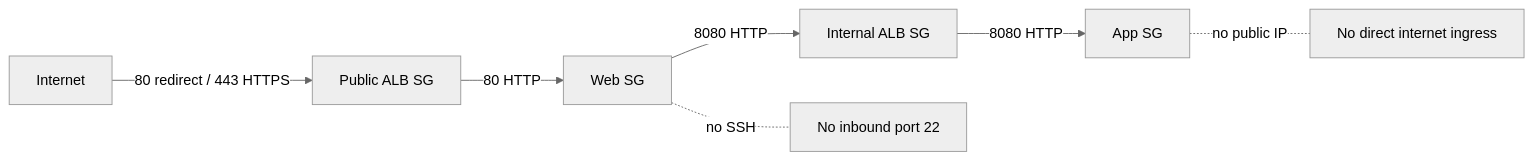
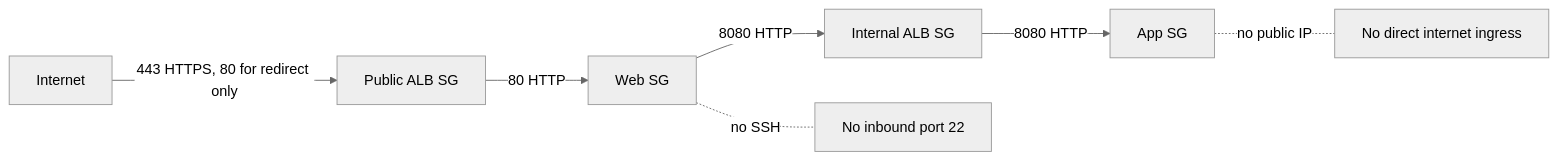
One commit to sjlevalley/terraform-aws-secure-two-tier-vpc changed the second of 3 diagrams in README.md. Above: the diagram before and after it, drawn with Mermaid (neutral theme). The commit also changed other lines of this file, not shown here.

Commit message:
Refine architecture diagrams and descriptions in README for clarity and detail

````diff
--- a/README.md
+++ b/README.md
@@ -86,10 +96,10 @@
 ```mermaid
 flowchart LR
-  internet[Internet] -->|80 redirect / 443 HTTPS| publicAlbSg[Public ALB SG]
+  internet[Internet] -->|443 HTTPS, 80 for redirect only| publicAlbSg[Public ALB SG]
   publicAlbSg -->|80 HTTP| webSg[Web SG]
   webSg -->|8080 HTTP| internalAlbSg[Internal ALB SG]
   internalAlbSg -->|8080 HTTP| appSg[App SG]
 
   webSg -. no SSH .- blocked1[No inbound port 22]
   appSg -. no public IP .- blocked2[No direct internet ingress]
 ```
````
